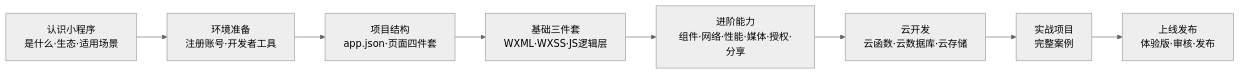
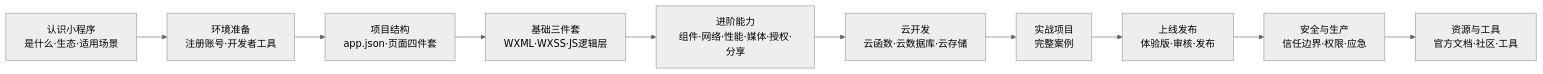
Before and after one commit to zhuguang-ZFG/xiaochengxu: the diagram in README.md, drawn with Mermaid (neutral theme). The commit also changed other lines of this file and 53 other files, not shown here.

````diff
--- a/README.md
+++ b/README.md
@@ -16,10 +16,12 @@
 ```mermaid
 flowchart LR
     A[认识小程序<br/>是什么·生态·适用场景] --> B[环境准备<br/>注册账号·开发者工具]
     B --> C[项目结构<br/>app.json·页面四件套]
     C --> D[基础三件套<br/>WXML·WXSS·JS逻辑层]
     D --> E[进阶能力<br/>组件·网络·性能·媒体·授权·分享]
     E --> F[云开发<br/>云函数·云数据库·云存储]
     F --> G[实战项目<br/>完整案例]
     G --> H[上线发布<br/>体验版·审核·发布]
+    H --> I[安全与生产<br/>信任边界·权限·应急]
+    I --> J[资源与工具<br/>官方文档·社区·工具]
 ```
````
